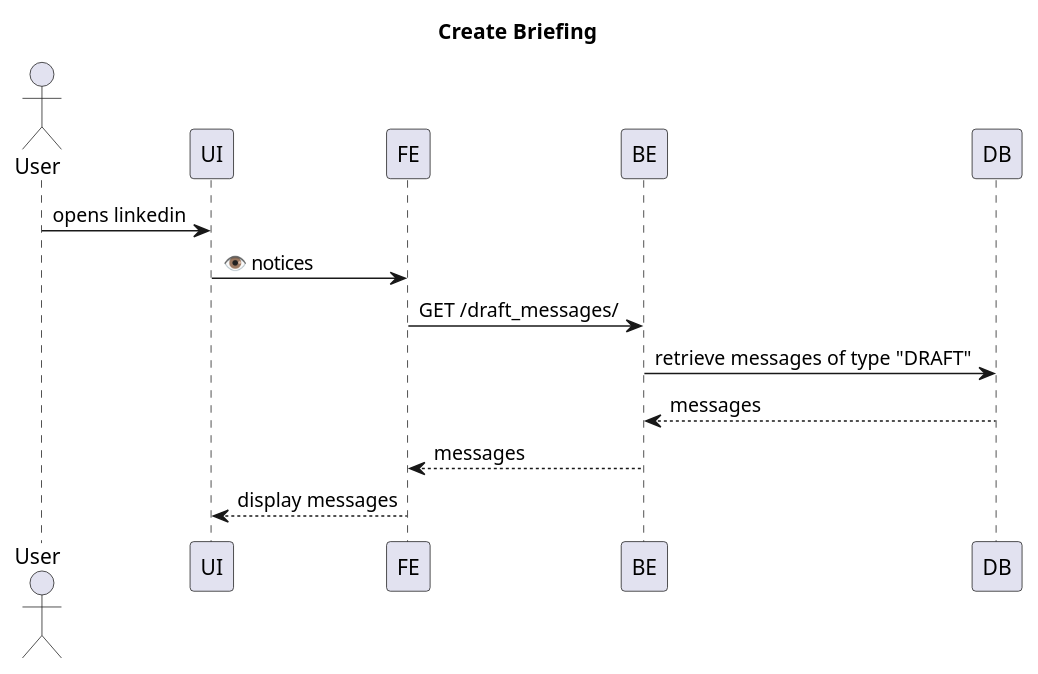
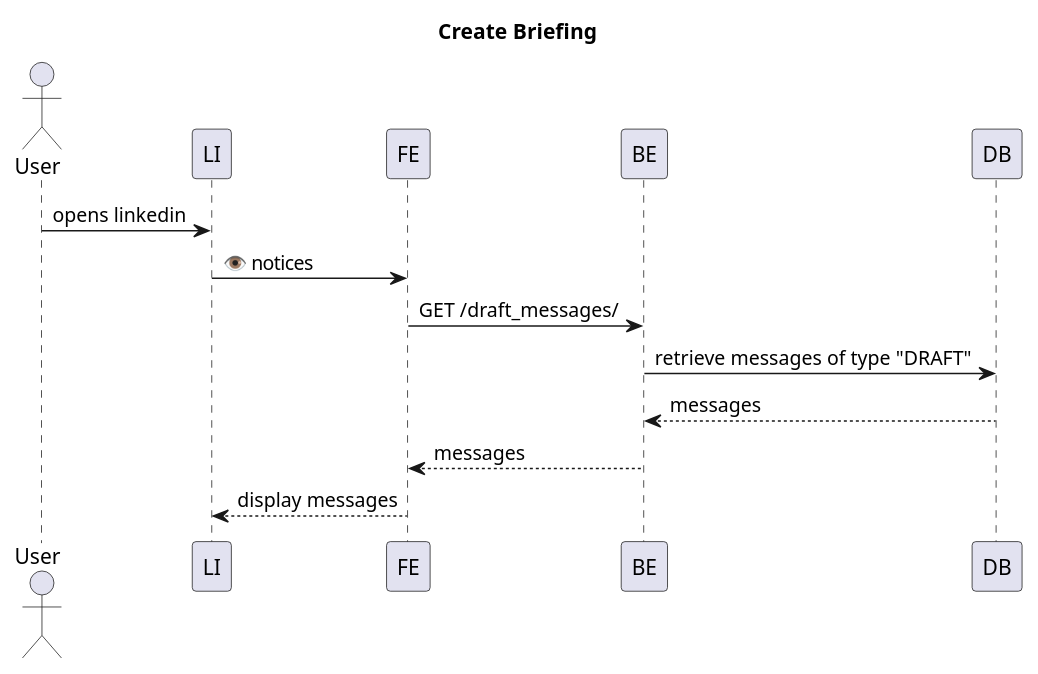
Before and after one commit to Itempass/mcphackathon-linkedin-intern: the diagram in UML_diagrams/create_briefing_sequence_diagram.puml, drawn with PlantUML. The commit also changed 4 other files, not shown here.

```diff
--- a/UML_diagrams/create_briefing_sequence_diagram.puml
+++ b/UML_diagrams/create_briefing_sequence_diagram.puml
@@ -1,17 +1,17 @@
 @startuml
 title Create Briefing
 
 actor User
-participant "UI" as UI
+participant "LI" as LI
 participant "FE" as FE
 participant "BE" as BE
 participant "DB" as DB
 
-User -> UI: opens linkedin
-UI -> FE: 👁️ notices
+User -> LI: opens linkedin
+LI -> FE: 👁️ notices
 FE -> BE: GET /draft_messages/
 BE -> DB: retrieve messages of type "DRAFT"
 DB --> BE: messages
 BE --> FE: messages
-FE --> UI: display messages
+FE --> LI: display messages
 @enduml
```
